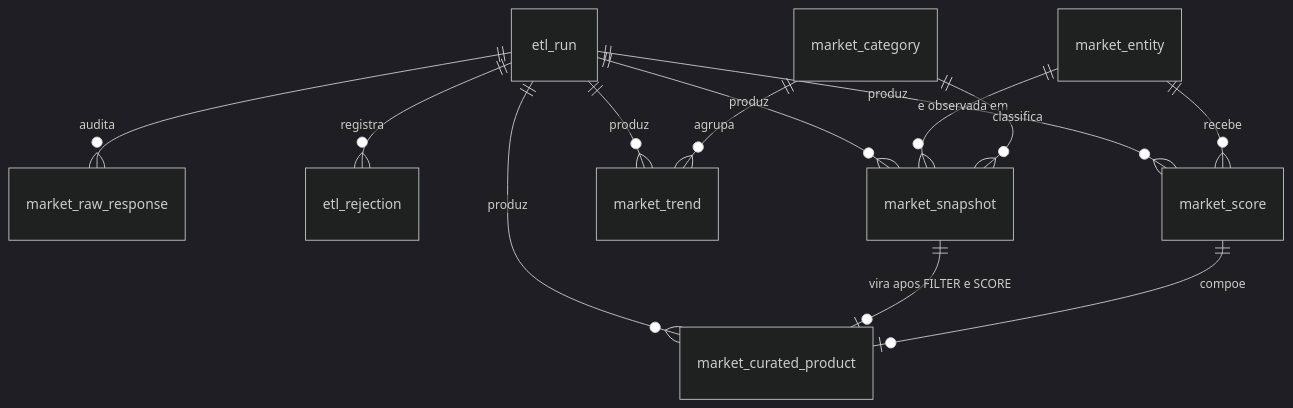
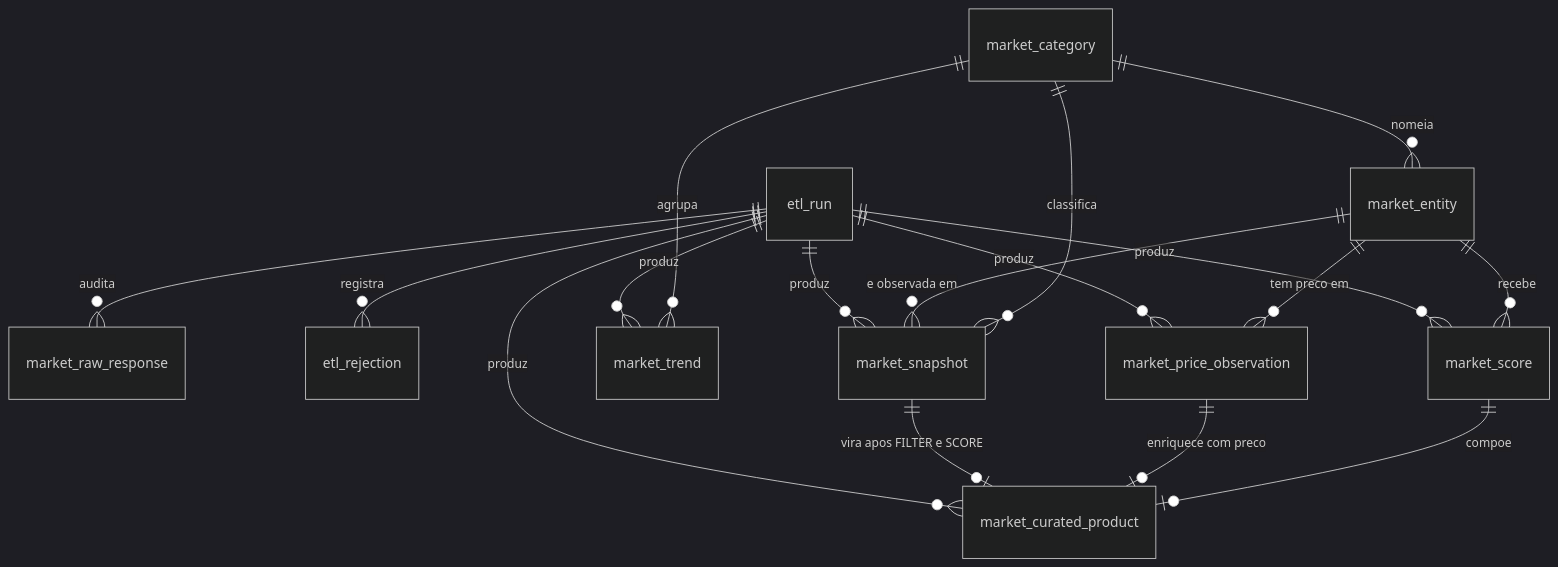
Before and after one commit to undercontroll-inc/etl: diagram 11 of 12 in README.md, drawn with Mermaid (dark theme). The commit also changed other lines of this file and 21 other files, not shown here.

````diff
--- a/README.md
+++ b/README.md
@@ -402,17 +495,21 @@
 ```mermaid
 erDiagram
     etl_run ||--o{ market_raw_response : "audita"
     etl_run ||--o{ etl_rejection : "registra"
     etl_run ||--o{ market_snapshot : "produz"
     etl_run ||--o{ market_trend : "produz"
+    etl_run ||--o{ market_price_observation : "produz"
     etl_run ||--o{ market_score : "produz"
     etl_run ||--o{ market_curated_product : "produz"
 
     market_entity ||--o{ market_snapshot : "e observada em"
+    market_entity ||--o{ market_price_observation : "tem preco em"
     market_entity ||--o{ market_score : "recebe"
     market_category ||--o{ market_snapshot : "classifica"
+    market_category ||--o{ market_entity : "nomeia"
     market_category ||--o{ market_trend : "agrupa"
 
     market_snapshot ||--o| market_curated_product : "vira apos FILTER e SCORE"
+    market_price_observation ||--o| market_curated_product : "enriquece com preco"
     market_score ||--o| market_curated_product : "compoe"
 ```
````
